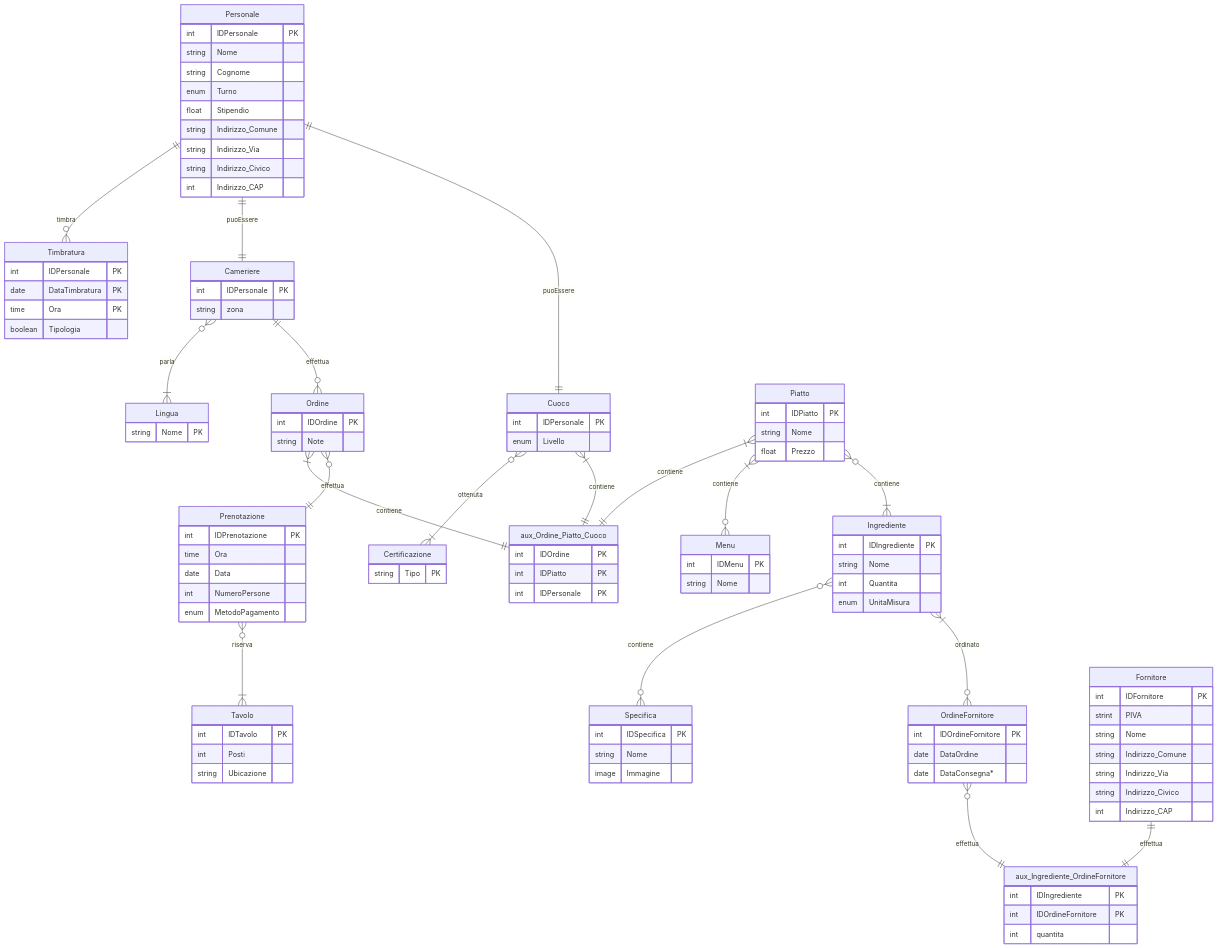
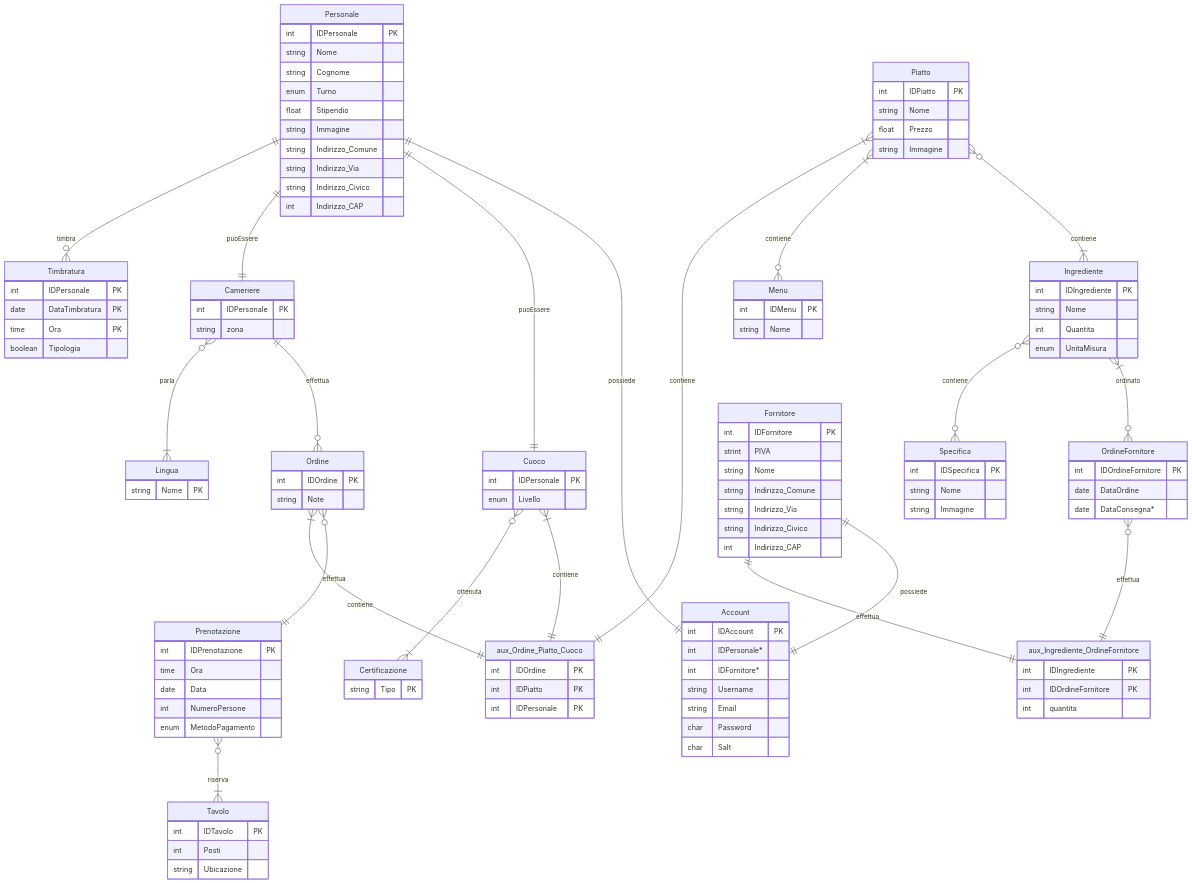
Before and after one commit to Thie15/progetto_db_gestione_ristorante: the diagram in README.md, drawn with Mermaid. The commit also changed other lines of this file and 1 other file, not shown here.

````diff
--- a/README.md
+++ b/README.md
@@ -74,6 +77,8 @@
     Ingrediente |{--o{ OrdineFornitore : ordinato
     OrdineFornitore o{--|| aux_Ingrediente_OrdineFornitore : effettua
     Fornitore ||--|| aux_Ingrediente_OrdineFornitore : effettua
+    Personale ||--|| Account : possiede
+    Fornitore ||--|| Account : possiede
 
     Personale{
         int IDPersonale PK
@@ -81,6 +86,7 @@
         string Cognome
         enum Turno
         float Stipendio
+        string Immagine
         string Indirizzo_Comune
         string Indirizzo_Via
         string Indirizzo_Civico
@@ -135,6 +141,7 @@
         int IDPiatto PK
         string Nome
         float Prezzo
+        string Immagine
     }
 
     Menu{
@@ -152,7 +159,7 @@
     Specifica{
         int IDSpecifica PK
         string Nome
-        image Immagine
+        string Immagine
     }
 
     Fornitore{
@@ -182,4 +189,14 @@
         int IDOrdineFornitore PK
         int quantita
     }
+
+    Account{
+        int IDAccount PK
+        int IDPersonale*
+        int IDFornitore*
+        string Username
+        string Email
+        char Password
+        char Salt
+    }
 ```
````
